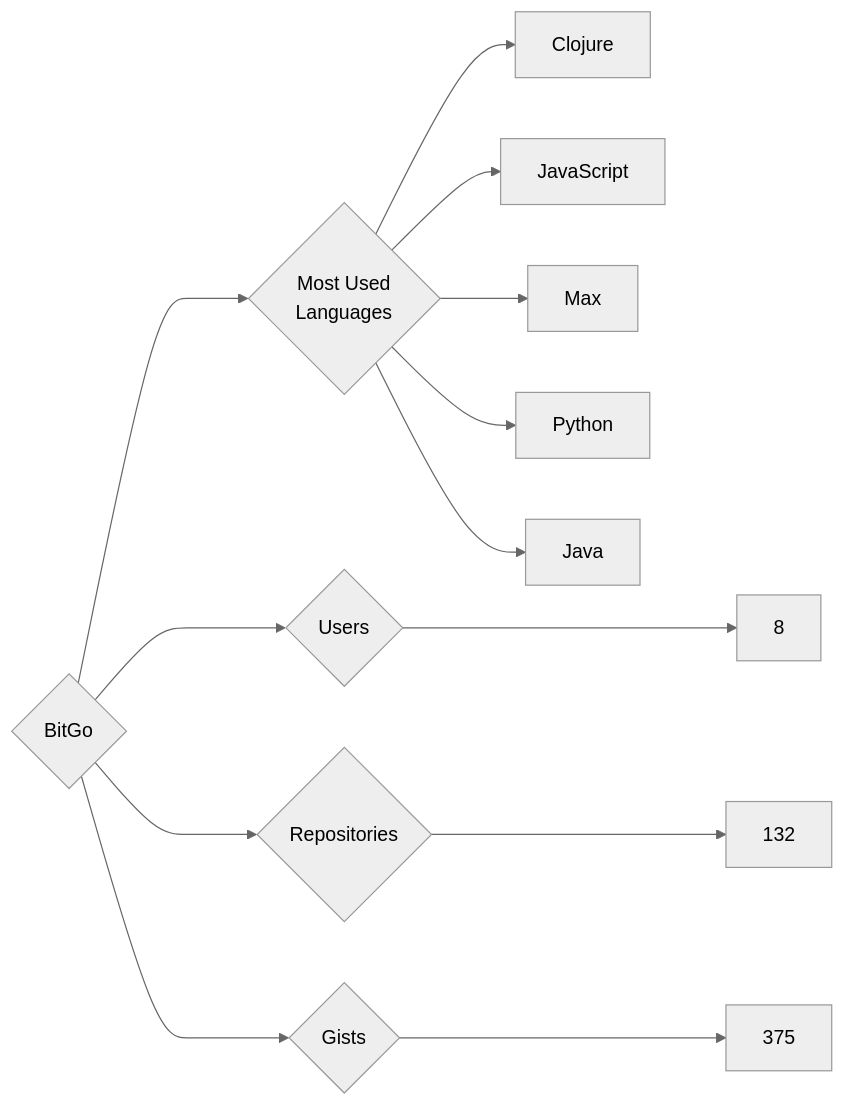
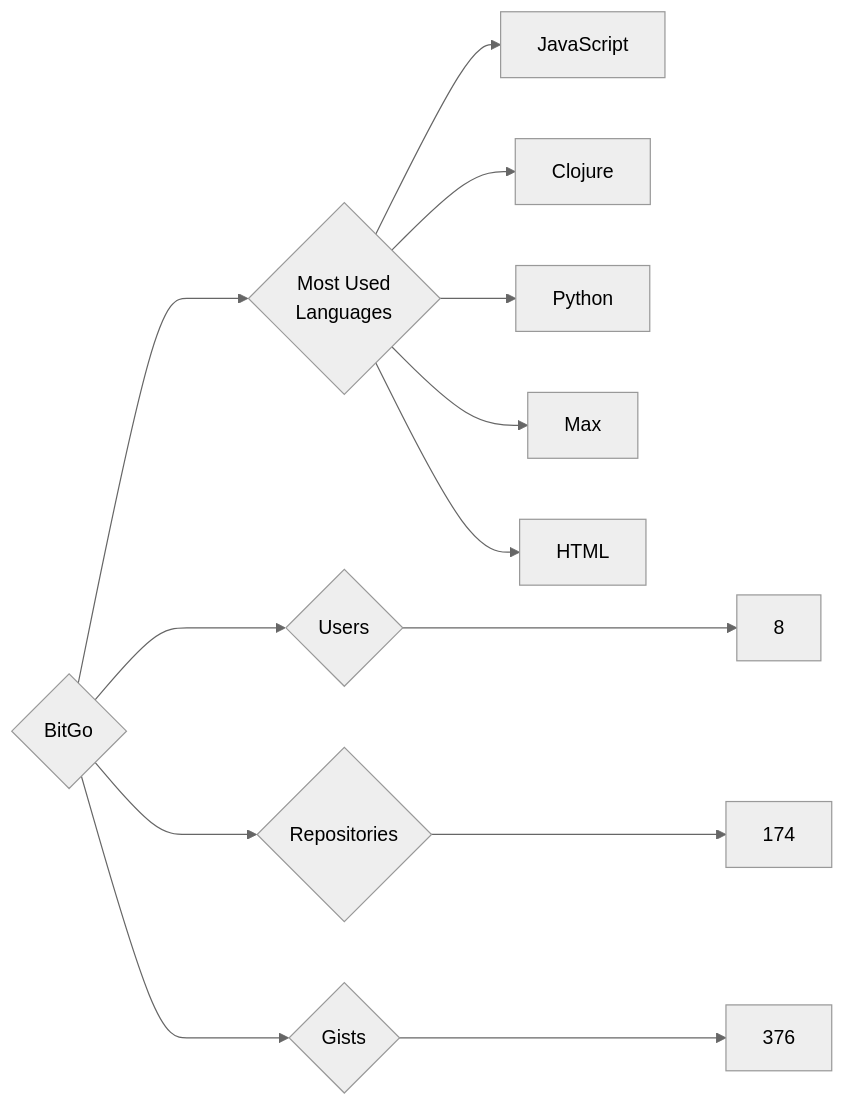
One commit to trickest/insiders changed the diagram in targets/BitGo/README.md. Above: the diagram before and after it, drawn with Mermaid (neutral theme). The commit also changed 1088 other files, not shown here.

````diff
--- a/targets/BitGo/README.md
+++ b/targets/BitGo/README.md
@@ -3,13 +3,13 @@
 ```mermaid
 graph LR
 COMPANY_NAME{BitGo}
 COMPANY_NAME ---> U{Users} ---> UN[8]
-COMPANY_NAME ---> R{Repositories} ---> RN[132]
-COMPANY_NAME ---> G{Gists} ---> GN[375]
+COMPANY_NAME ---> R{Repositories} ---> RN[174]
+COMPANY_NAME ---> G{Gists} ---> GN[376]
 COMPANY_NAME ---> ML{Most Used<br>Languages}
+ML --> JavaScript[JavaScript]
 ML --> Clojure[Clojure]
-ML --> JavaScript[JavaScript]
+ML --> Python[Python]
 ML --> Max[Max]
-ML --> Python[Python]
-ML --> Java[Java]
+ML --> HTML[HTML]
 ```
````
